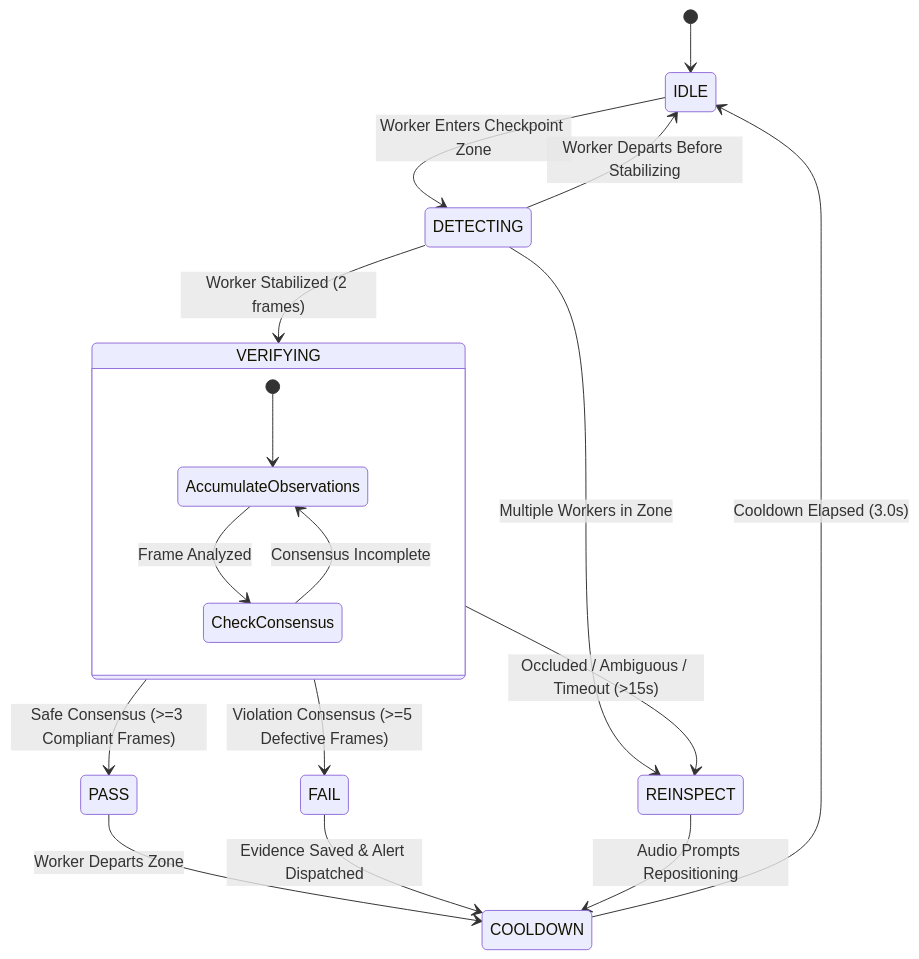
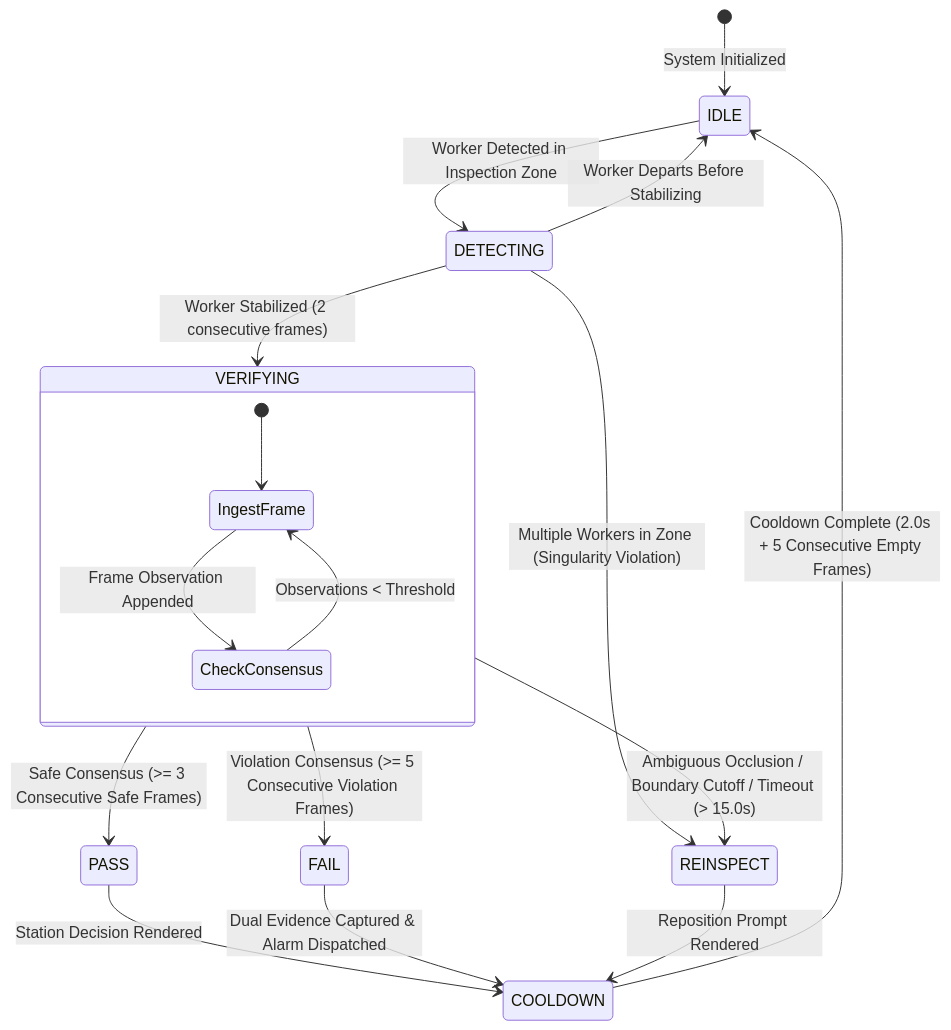
Before and after one commit to NabeelRoss/MineGuard: the second of 3 diagrams in README.md, drawn with Mermaid. The commit also changed other lines of this file, not shown here.

````diff
--- a/README.md
+++ b/README.md
@@ -32,23 +334,25 @@
 ```mermaid
 stateDiagram-v2
-    [*] --> IDLE
-    IDLE --> DETECTING: Worker Enters Checkpoint Zone
+    [*] --> IDLE: System Initialized
+
+    IDLE --> DETECTING: Worker Detected in Inspection Zone
     DETECTING --> IDLE: Worker Departs Before Stabilizing
-    DETECTING --> REINSPECT: Multiple Workers in Zone
-    DETECTING --> VERIFYING: Worker Stabilized (2 frames)
-    
+    DETECTING --> REINSPECT: Multiple Workers in Zone (Singularity Violation)
+    DETECTING --> VERIFYING: Worker Stabilized (2 consecutive frames)
+
     state VERIFYING {
-        [*] --> AccumulateObservations
-        AccumulateObservations --> CheckConsensus: Frame Analyzed
-        CheckConsensus --> AccumulateObservations: Consensus Incomplete
+        [*] --> IngestFrame
+        IngestFrame --> CheckConsensus: Frame Observation Appended
+        CheckConsensus --> IngestFrame: Observations < Threshold
     }
-    
-    VERIFYING --> PASS: Safe Consensus (>=3 Compliant Frames)
-    VERIFYING --> FAIL: Violation Consensus (>=5 Defective Frames)
-    VERIFYING --> REINSPECT: Occluded / Ambiguous / Timeout (>15s)
-    
-    PASS --> COOLDOWN: Worker Departs Zone
-    FAIL --> COOLDOWN: Evidence Saved & Alert Dispatched
-    REINSPECT --> COOLDOWN: Audio Prompts Repositioning
-    COOLDOWN --> IDLE: Cooldown Elapsed (3.0s)
+
+    VERIFYING --> PASS: Safe Consensus (>= 3 Consecutive Safe Frames)
+    VERIFYING --> FAIL: Violation Consensus (>= 5 Consecutive Violation Frames)
+    VERIFYING --> REINSPECT: Ambiguous Occlusion / Boundary Cutoff / Timeout (> 15.0s)
+
+    PASS --> COOLDOWN: Station Decision Rendered
+    FAIL --> COOLDOWN: Dual Evidence Captured & Alarm Dispatched
+    REINSPECT --> COOLDOWN: Reposition Prompt Rendered
+
+    COOLDOWN --> IDLE: Cooldown Complete (2.0s + 5 Consecutive Empty Frames)
 ```
````
